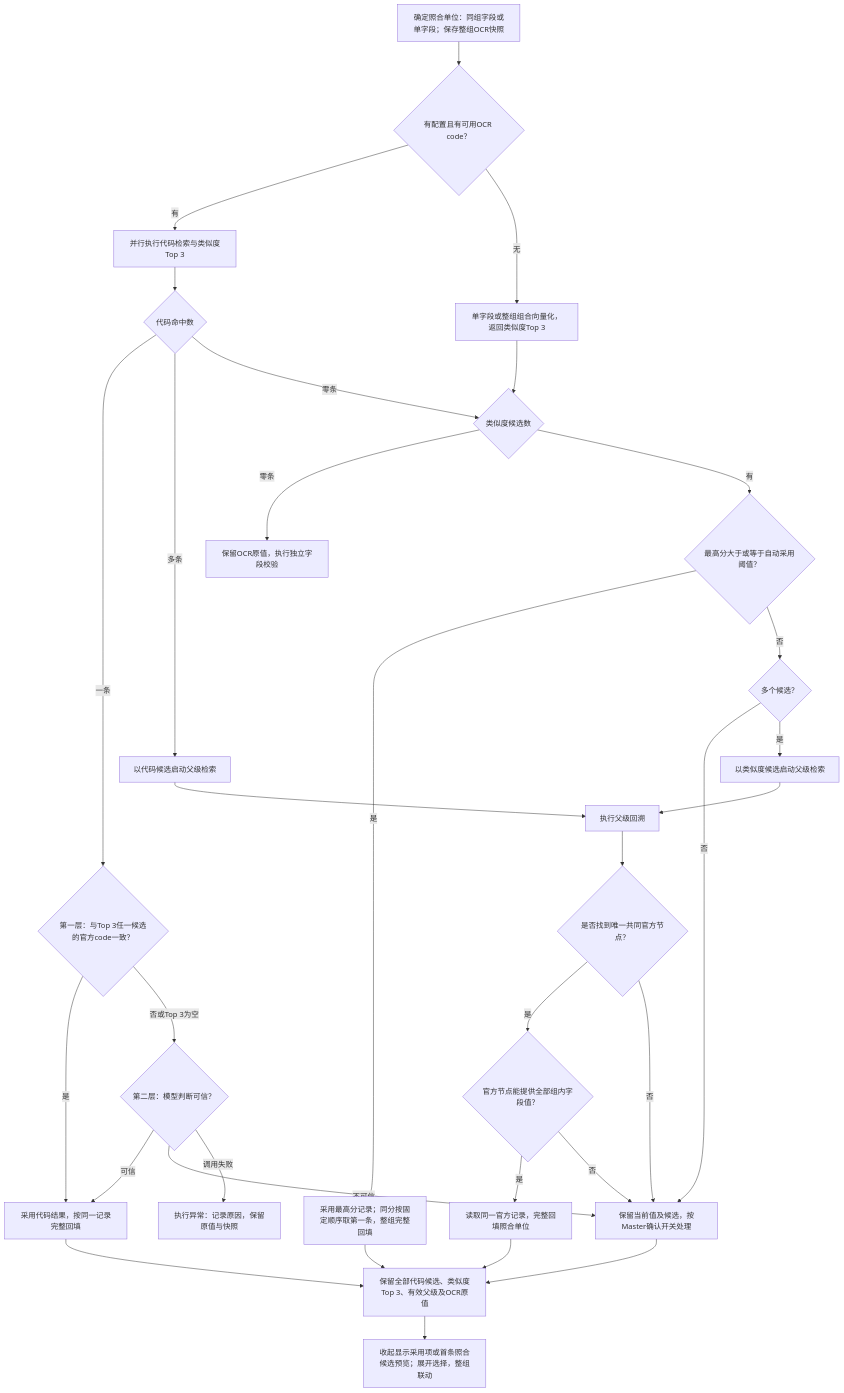
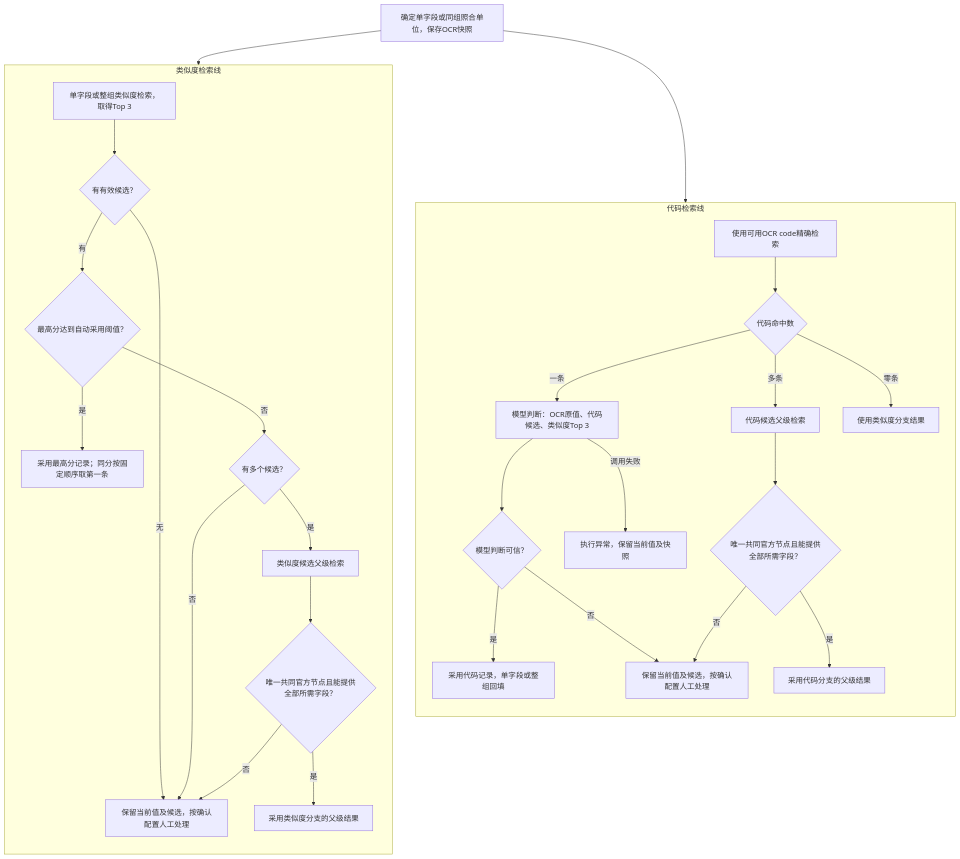
The fourth of 6 diagrams in PRD.zh-CN.md (aruirage/IDP-Ph3-Demo-PRD), drawn with Mermaid before and after one commit. The commit also changed other lines of this file and 7 other files, not shown here.

````diff
--- a/PRD.zh-CN.md
+++ b/PRD.zh-CN.md
@@ -547,34 +547,32 @@
 ```mermaid
-flowchart TD
-    A["确定照合单位：同组字段或单字段；保存整组OCR快照"] --> B{"有配置且有可用OCR code？"}
-    B -->|有| C["并行执行代码检索与类似度Top 3"]
-    B -->|无| D["单字段或整组组合向量化，返回类似度Top 3"]
-    C --> E{"代码命中数"}
-    E -->|一条| F{"第一层：与Top 3任一候选的官方code一致？"}
-    F -->|是| HC["采用代码结果，按同一记录完整回填"]
-    F -->|否或Top 3为空| G{"第二层：模型判断可信？"}
-    G -->|可信| HC
-    G -->|不可信| M["保留当前值及候选，按Master确认开关处理"]
-    G -->|调用失败| X["执行异常：记录原因，保留原值与快照"]
-    E -->|多条| R["以代码候选启动父级检索"]
-    E -->|零条| I{"类似度候选数"}
-    D --> I
-    I -->|零条| Z["保留OCR原值，执行独立字段校验"]
-    I -->|有| K{"最高分大于或等于自动采用阈值？"}
-    K -->|是| HS["采用最高分记录；同分按固定顺序取第一条，整组完整回填"]
-    K -->|否| N{"多个候选？"}
-    N -->|否| M
-    N -->|是| R2["以类似度候选启动父级检索"]
-    R --> P["执行父级回溯"]
-    R2 --> P
-    P --> Q{"是否找到唯一共同官方节点？"}
-    Q -->|是| FILL{"官方节点能提供全部组内字段值？"}
-    FILL -->|是| HP["读取同一官方记录，完整回填照合单位"]
-    FILL -->|否| M
-    Q -->|否| M
-    HC --> V["保留全部代码候选、类似度Top 3、有效父级及OCR原值"]
-    HS --> V
-    HP --> V
-    M --> V
-    V --> W["收起显示采用项或首条照合候选预览；展开选择，整组联动"]
+flowchart TB
+    A["确定单字段或同组照合单位，保存OCR快照"] --> C0
+    A --> S0
+    subgraph CODE["代码检索线"]
+      direction TB
+      C0["使用可用OCR code精确检索"] --> C1{"代码命中数"}
+      C1 -->|一条| CM["模型判断：OCR原值、代码候选、类似度Top 3"]
+      CM --> CT{"模型判断可信？"}
+      CT -->|是| CA["采用代码记录，单字段或整组回填"]
+      CT -->|否| CR["保留当前值及候选，按确认配置人工处理"]
+      CM -->|调用失败| CE["执行异常，保留当前值及快照"]
+      C1 -->|多条| CP["代码候选父级检索"]
+      CP --> CF{"唯一共同官方节点且能提供全部所需字段？"}
+      CF -->|是| CPA["采用代码分支的父级结果"]
+      CF -->|否| CR
+      C1 -->|零条| CZ["使用类似度分支结果"]
+    end
+    subgraph SIM["类似度检索线"]
+      direction TB
+      S0["单字段或整组类似度检索，取得Top 3"] --> S1{"有有效候选？"}
+      S1 -->|无| SR["保留当前值及候选，按确认配置人工处理"]
+      S1 -->|有| ST{"最高分达到自动采用阈值？"}
+      ST -->|是| SA["采用最高分记录；同分按固定顺序取第一条"]
+      ST -->|否| SN{"有多个候选？"}
+      SN -->|否| SR
+      SN -->|是| SP["类似度候选父级检索"]
+      SP --> SF{"唯一共同官方节点且能提供全部所需字段？"}
+      SF -->|是| SPA["采用类似度分支的父级结果"]
+      SF -->|否| SR
+    end
 ```
````
